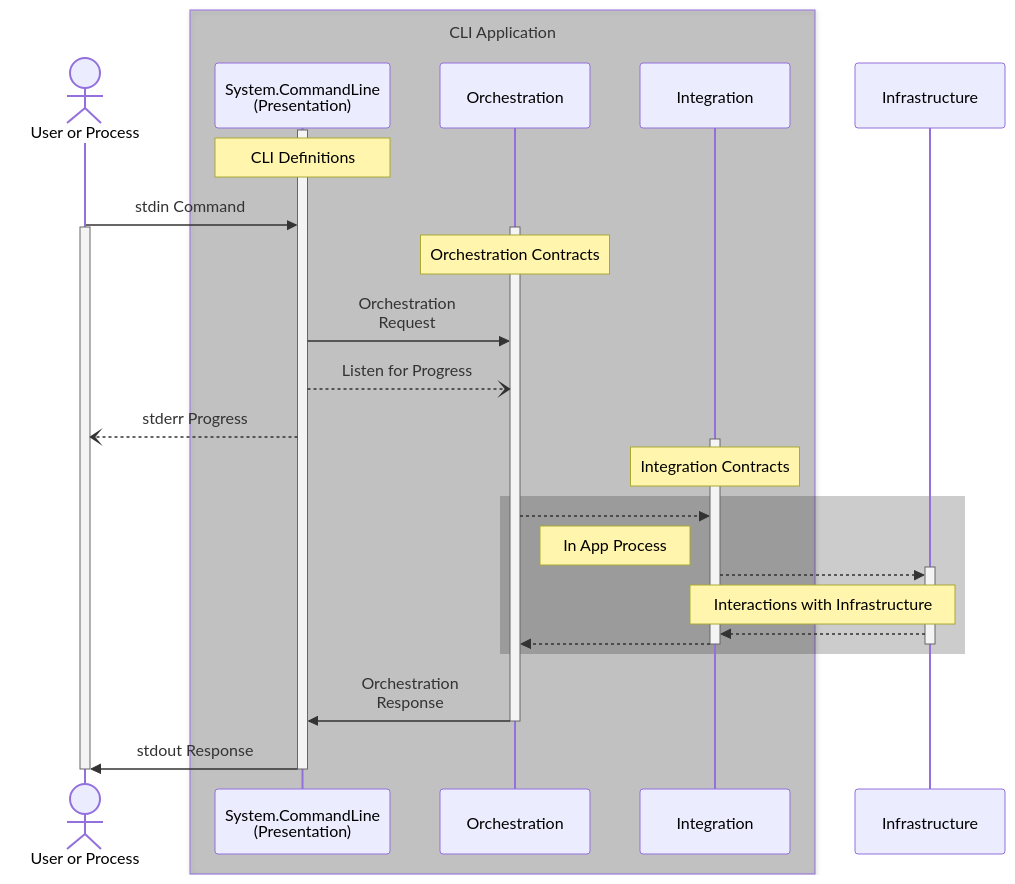
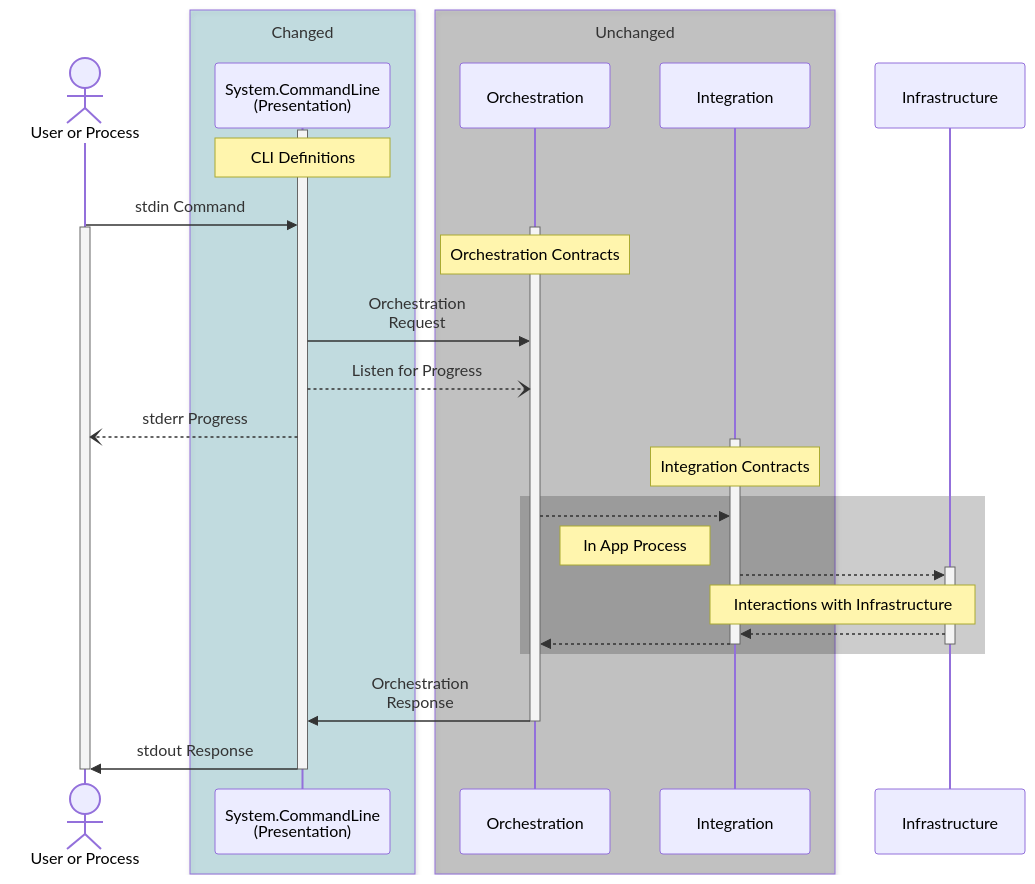
Before and after one commit to VestureSDK/Vesture: the fourth of 4 diagrams in docs/docs/introduction.md, drawn with Mermaid. The commit also changed other lines of this file and 44 other files, not shown here.

````diff
--- a/docs/docs/introduction.md
+++ b/docs/docs/introduction.md
@@ -128,41 +134,44 @@
 ```mermaid
 sequenceDiagram
 
     actor Client as User or Process
+    
+    box rgba(0,128,150,0.2) Changed<br/>
+        participant Presentation as System.CommandLine<br/>(Presentation)
+    end
 
-    box rgba(0,0,0,0.2) CLI Application<br/>
-        participant Presentation as System.CommandLine<br/>(Presentation)
+    box rgba(0,0,0,0.2) Unchanged<br/>
         participant Orchestration as Orchestration
         participant Integration as Integration
     end
 
     participant Infrastructure as Infrastructure
     
     activate Presentation
     Note over Presentation: CLI Definitions
     Client->>Presentation: stdin Command
     activate Client
     activate Orchestration
     Note over Orchestration: Orchestration Contracts
     Presentation->>Orchestration: Orchestration<br/>Request
     Presentation--)Orchestration: Listen for Progress
     Presentation--)Client: stderr Progress
     activate Integration
     Note over Integration: Integration Contracts
     rect rgba(0,0,0,0.2)
         Orchestration-->>Integration: 
         Note right of Orchestration: In App Process
         activate Infrastructure
         Integration-->>Infrastructure: 
         Note over Integration,Infrastructure: Interactions with Infrastructure
         Infrastructure-->>Integration: 
         Integration-->>Orchestration:  
         deactivate Infrastructure
         deactivate Integration
     end
     Orchestration->>Presentation: Orchestration<br/>Response
     deactivate Orchestration
     Presentation->>Client: stdout Response
     deactivate Presentation
     deactivate Client
 ```
````
